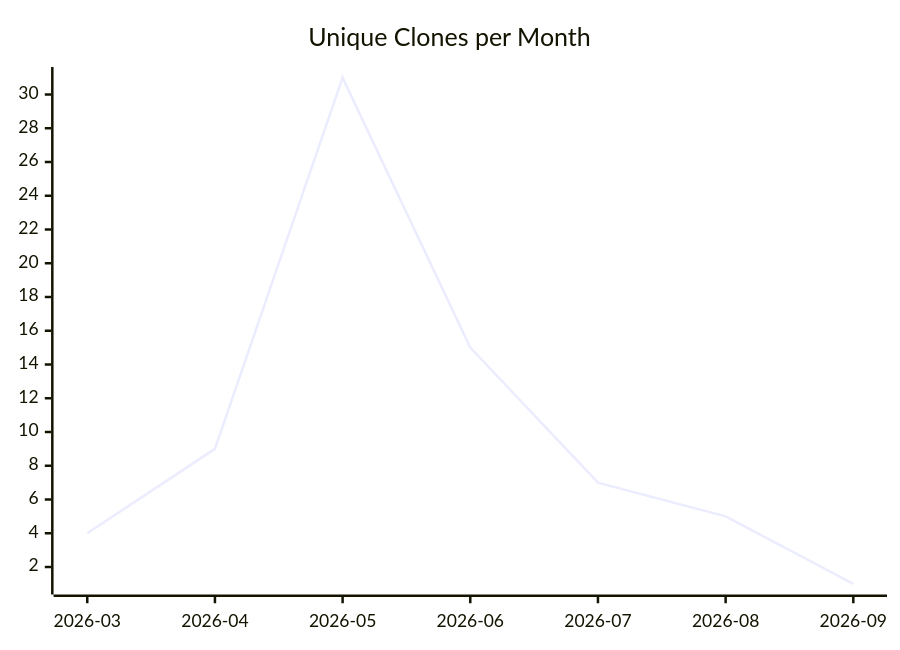
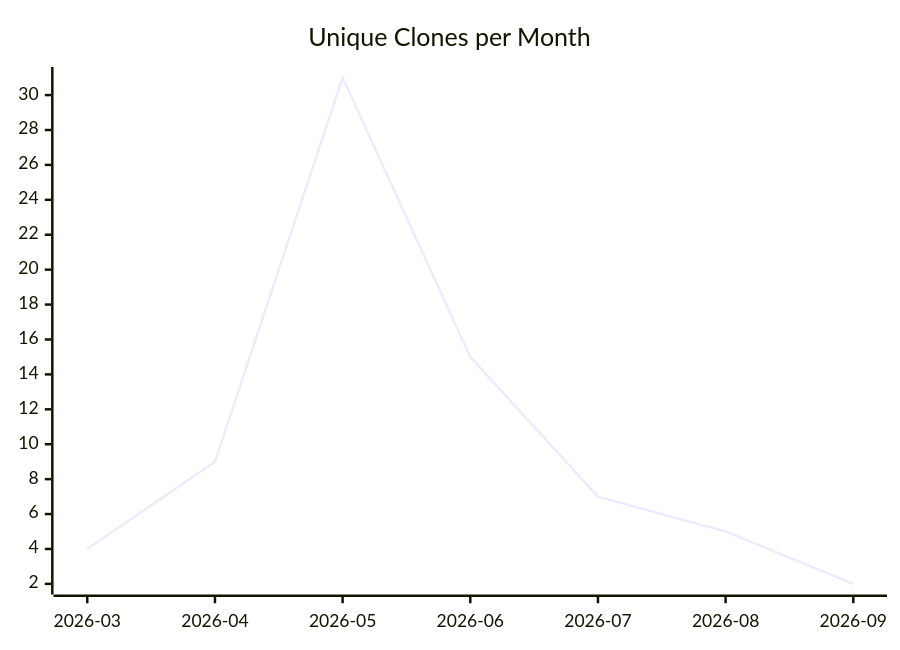
One commit to justdavis-family/github-analytics-data changed the third of 3 diagrams in karlmdavis/ansible-role-rcm-dotfiles/README.md. Above: the diagram before and after it, drawn with Mermaid. The commit also changed other lines of this file and 191 other files, not shown here.

````diff
--- a/karlmdavis/ansible-role-rcm-dotfiles/README.md
+++ b/karlmdavis/ansible-role-rcm-dotfiles/README.md
@@ -19,6 +19,6 @@
 ```mermaid
 xychart-beta
   title "Unique Clones per Month"
   x-axis ["2026-03", "2026-04", "2026-05", "2026-06", "2026-07", "2026-08", "2026-09"]
-  line [4, 9, 31, 15, 7, 5, 1]
+  line [4, 9, 31, 15, 7, 5, 2]
 ```
````
